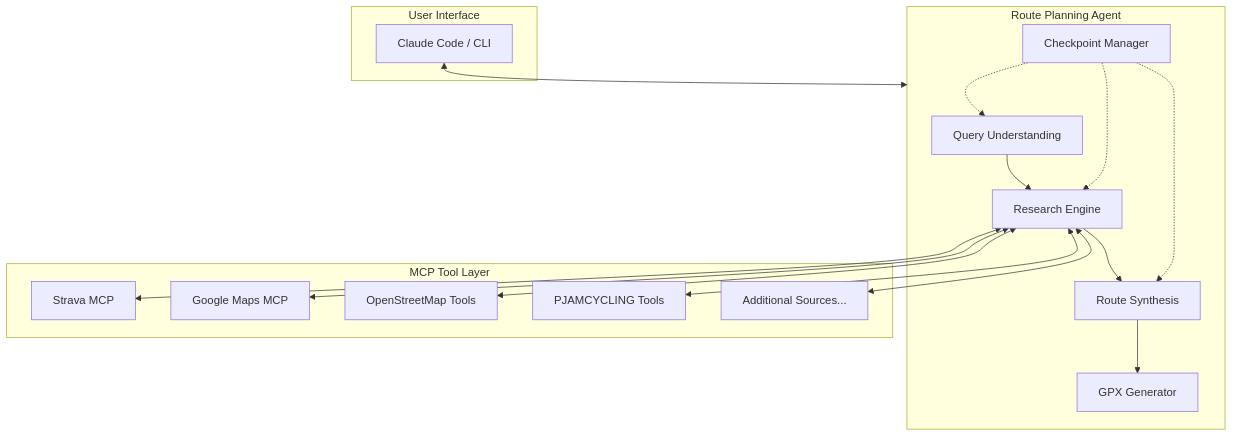
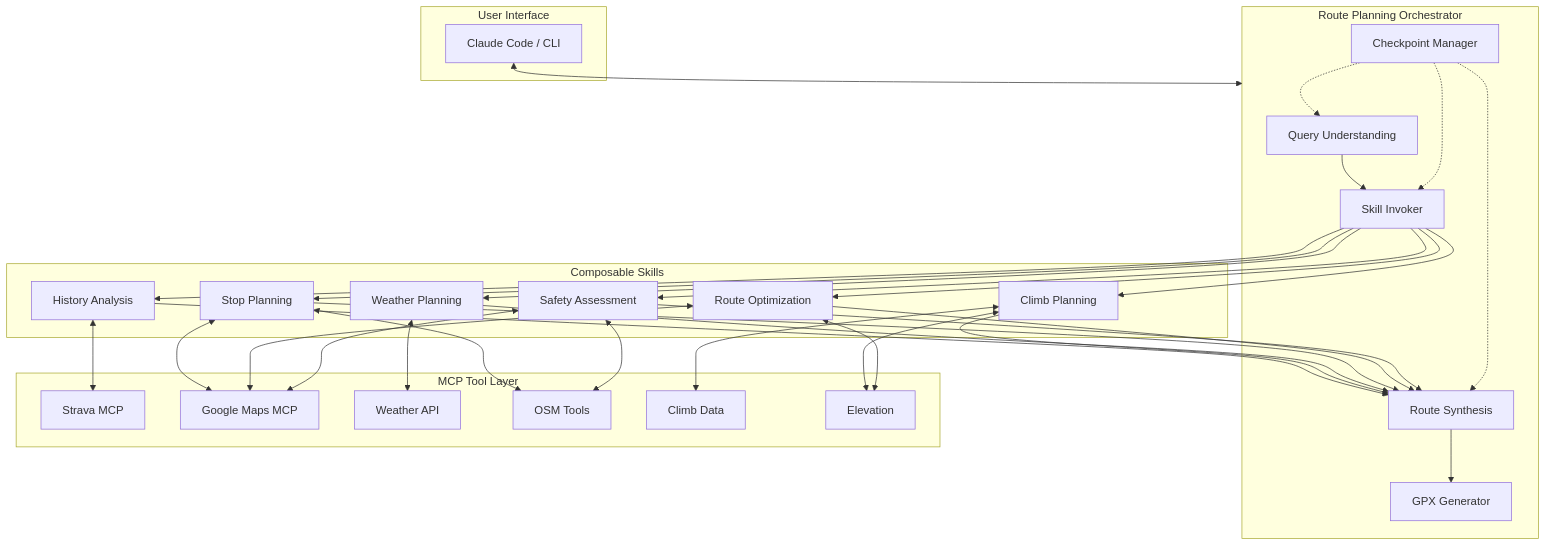
Before and after one commit to bendrucker/route-agent: the first of 5 diagrams in docs/architecture.md, drawn with Mermaid. The commit also changed other lines of this file and 3 other files, not shown here.

First line of the commit message:
Add skills-based architecture and tool catalog

````diff
--- a/docs/architecture.md
+++ b/docs/architecture.md
@@ -7,36 +7,48 @@
 ```mermaid
 flowchart TB
     subgraph User["User Interface"]
         CC[Claude Code / CLI]
     end
 
-    subgraph Agent["Route Planning Agent"]
+    subgraph Orchestrator["Route Planning Orchestrator"]
         QU[Query Understanding]
-        RE[Research Engine]
+        SI[Skill Invoker]
+        CP[Checkpoint Manager]
         RS[Route Synthesis]
-        CP[Checkpoint Manager]
         GPX[GPX Generator]
     end
 
-    subgraph MCP["MCP Tool Layer"]
-        SM[Strava MCP]
-        GM[Google Maps MCP]
-        OSM[OpenStreetMap Tools]
-        PJ[PJAMCYCLING Tools]
-        MORE[Additional Sources...]
+    subgraph Skills["Composable Skills"]
+        S1[History Analysis]
+        S2[Climb Planning]
+        S3[Weather Planning]
+        S4[Stop Planning]
+        S5[Route Optimization]
+        S6[Safety Assessment]
     end
 
-    CC <--> Agent
-    QU --> RE
-    RE --> RS
+    subgraph Tools["MCP Tool Layer"]
+        T1[Strava MCP]
+        T2[Google Maps MCP]
+        T3[Weather API]
+        T4[OSM Tools]
+        T5[Climb Data]
+        T6[Elevation]
+    end
+
+    CC <--> Orchestrator
+    QU --> SI
+    SI --> S1 & S2 & S3 & S4 & S5 & S6
+    S1 & S2 & S3 & S4 & S5 & S6 --> RS
     RS --> GPX
     CP -.-> QU
-    CP -.-> RE
+    CP -.-> SI
     CP -.-> RS
 
-    RE <--> SM
-    RE <--> GM
-    RE <--> OSM
-    RE <--> PJ
-    RE <--> MORE
+    S1 <--> T1
+    S2 <--> T5 & T6
+    S3 <--> T3
+    S4 <--> T2 & T4
+    S5 <--> T2 & T6
+    S6 <--> T2 & T4
 ```
````
